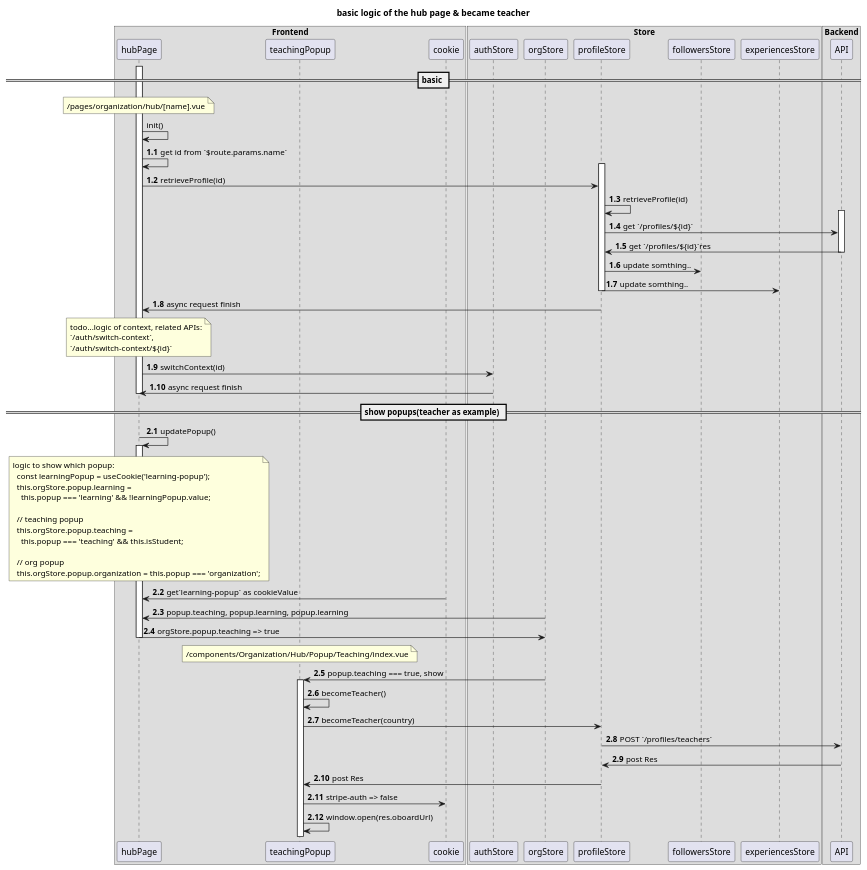
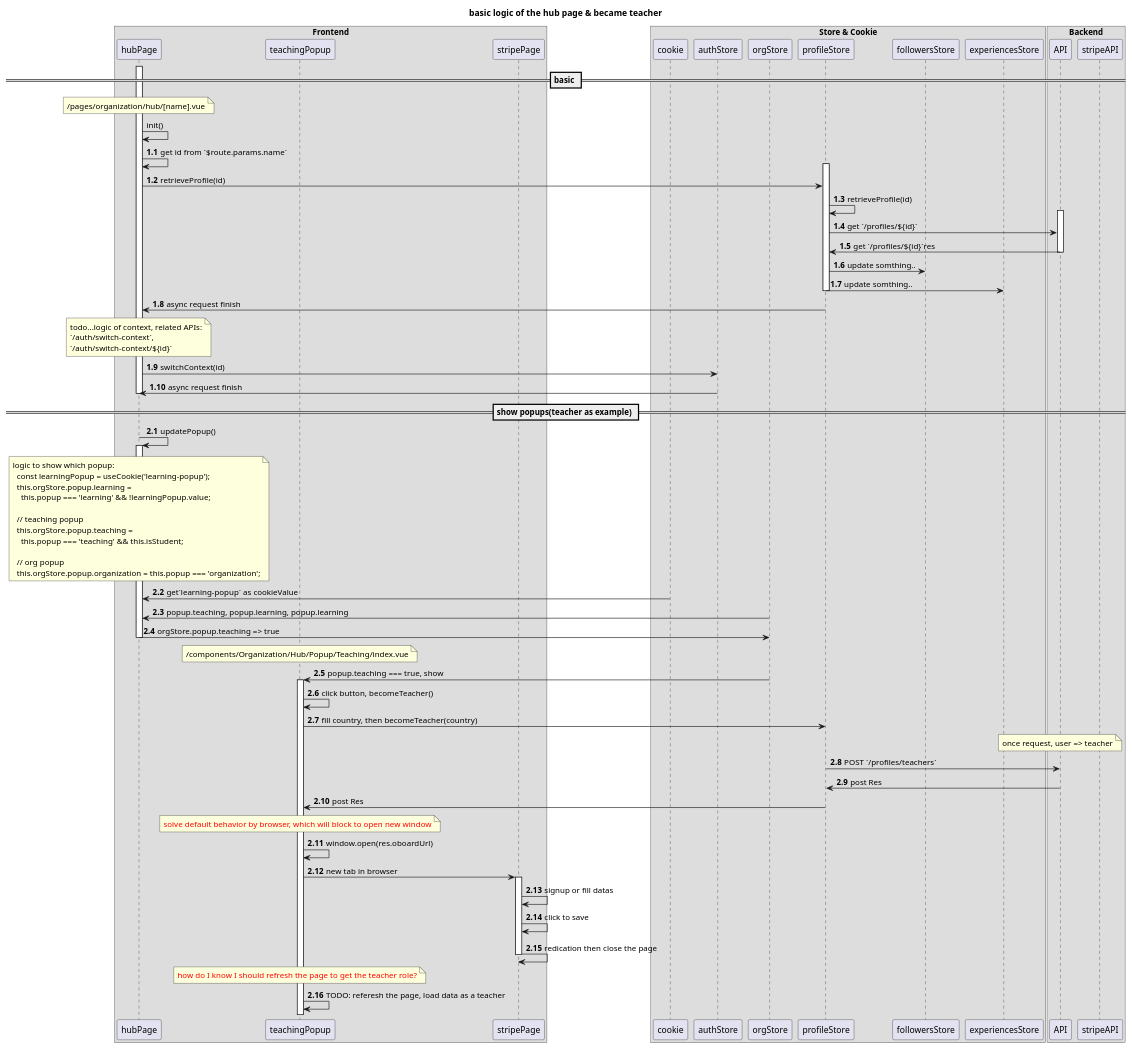
Before and after one commit to chase-si/umlDesigns: the diagram in out/aladia/upwork-aladia-hub-logic.wsd, drawn with PlantUML. The commit also changed 1 other file, not shown here.

Commit message:
[ref]update docs of became a teacher

```diff
--- a/out/aladia/upwork-aladia-hub-logic.wsd
+++ b/out/aladia/upwork-aladia-hub-logic.wsd
@@ -1,86 +1,104 @@
 @startuml
 title "basic logic of the hub page & became teacher"
 
 box "Frontend"
 participant hubPage
 participant teachingPopup
-participant cookie
+participant stripePage
 end box
 
-box "Store"
+box "Store & Cookie"
+participant cookie
 participant authStore
 participant orgStore
 participant profileStore
 participant followersStore
 participant experiencesStore
 end box
 
 box "Backend"
 participant API
+participant stripeAPI
 end box
 
 == basic ==
 activate hubPage
 note over hubPage
 /pages/organization/hub/[name].vue
 end note
 hubPage -> hubPage : init()
 autonumber 1.1
 hubPage -> hubPage : get id from `$route.params.name`
   activate profileStore
     hubPage -> profileStore : retrieveProfile(id)
     profileStore -> profileStore : retrieveProfile(id)
       activate API
       profileStore -> API : get `/profiles/${id}`
       profileStore <- API : get `/profiles/${id}`res
       deactivate API
     profileStore -> followersStore : update somthing..
     profileStore -> experiencesStore: update somthing..
   deactivate profileStore
 hubPage <- profileStore : async request finish
 
 note over hubPage
 todo...logic of context, related APIs:
 `/auth/switch-context`,
 `/auth/switch-context/${id}`
 end note
 hubPage -> authStore : switchContext(id)
 hubPage <- authStore : async request finish
 deactivate hubPage
 autonumber stop
 
 == show popups(teacher as example) ==
 autonumber 2.1
 hubPage -> hubPage : updatePopup()
 activate hubPage
 note over hubPage
 logic to show which popup:
   const learningPopup = useCookie('learning-popup');
   this.orgStore.popup.learning =
     this.popup === 'learning' && !learningPopup.value;
 
   // teaching popup
   this.orgStore.popup.teaching =
     this.popup === 'teaching' && this.isStudent;
 
   // org popup
   this.orgStore.popup.organization = this.popup === 'organization';
 end note
 hubPage <- cookie : get`learning-popup` as cookieValue
 hubPage <- orgStore : popup.teaching, popup.learning, popup.learning
 hubPage -> orgStore : orgStore.popup.teaching => true
 deactivate hubPage
 
 note over teachingPopup
 /components/Organization/Hub/Popup/Teaching/index.vue
 end note
 teachingPopup <- orgStore: popup.teaching === true, show
 activate teachingPopup
-teachingPopup -> teachingPopup: becomeTeacher()
-teachingPopup -> profileStore: becomeTeacher(country)
+teachingPopup -> teachingPopup: click button, becomeTeacher()
+teachingPopup -> profileStore: fill country, then becomeTeacher(country)
+note over API
+once request, user => teacher
+end note
 profileStore -> API: POST `/profiles/teachers`
 profileStore <- API: post Res
 profileStore -> teachingPopup: post Res
-teachingPopup -> cookie: stripe-auth => false
+note over teachingPopup
+<color red>solve default behavior by browser, which will block to open new window</color>
+end note
 teachingPopup -> teachingPopup: window.open(res.oboardUrl)
+  teachingPopup -> stripePage: new tab in browser
+  activate stripePage
+  stripePage -> stripePage : signup or fill datas
+  stripePage -> stripePage : click to save
+  stripePage -> stripePage : redication then close the page
+  deactivate stripePage
+
+note over teachingPopup
+<color red>how do I know I should refresh the page to get the teacher role?</color>
+end note
+teachingPopup -> teachingPopup: TODO: referesh the page, load data as a teacher
 @enduml
```
